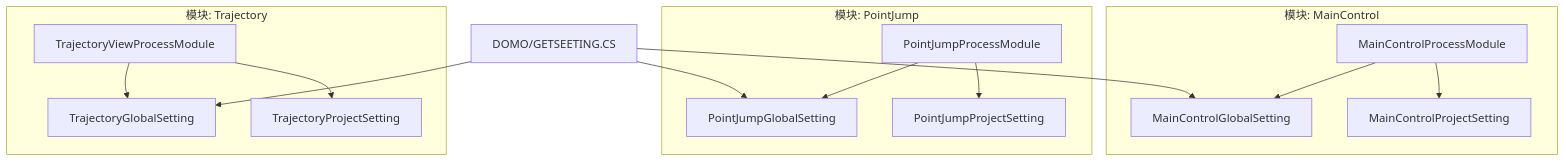
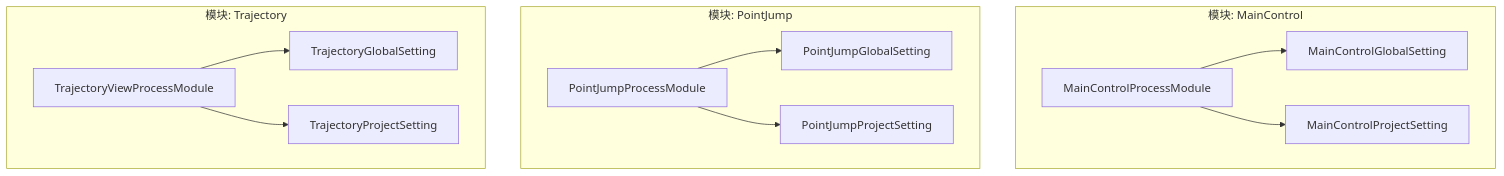
The first of 6 diagrams in .qoder/repowiki/zh/content/配置管理.md (fuweiq94-cloud/339918076), drawn with Mermaid before and after one commit. The commit also changed other lines of this file and 84 other files, not shown here.

````diff
--- a/.qoder/repowiki/zh/content/配置管理.md
+++ b/.qoder/repowiki/zh/content/配置管理.md
@@ -38,28 +43,24 @@
 ```mermaid
 graph TB
 subgraph "模块: MainControl"
 MC_Global["MainControlGlobalSetting"]
 MC_Project["MainControlProjectSetting"]
 MC_Module["MainControlProcessModule"]
 end
 subgraph "模块: PointJump"
 PJ_Global["PointJumpGlobalSetting"]
 PJ_Project["PointJumpProjectSetting"]
 PJ_Module["PointJumpProcessModule"]
 end
 subgraph "模块: Trajectory"
 TR_Global["TrajectoryGlobalSetting"]
 TR_Project["TrajectoryProjectSetting"]
 TR_Module["TrajectoryViewProcessModule"]
 end
-DOMO_Get["DOMO/GETSEETING.CS"]
 MC_Module --> MC_Global
 MC_Module --> MC_Project
 PJ_Module --> PJ_Global
 PJ_Module --> PJ_Project
 TR_Module --> TR_Global
 TR_Module --> TR_Project
-DOMO_Get --> MC_Global
-DOMO_Get --> PJ_Global
-DOMO_Get --> TR_Global
 ```
````
